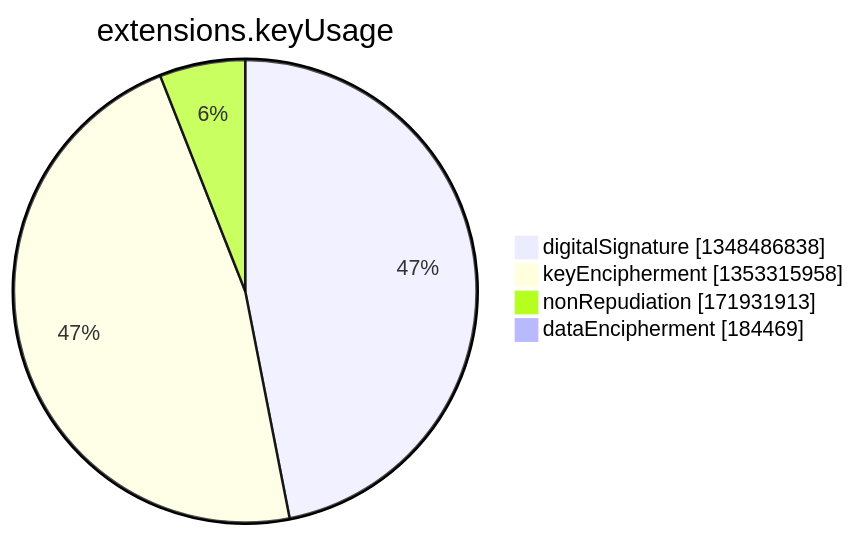
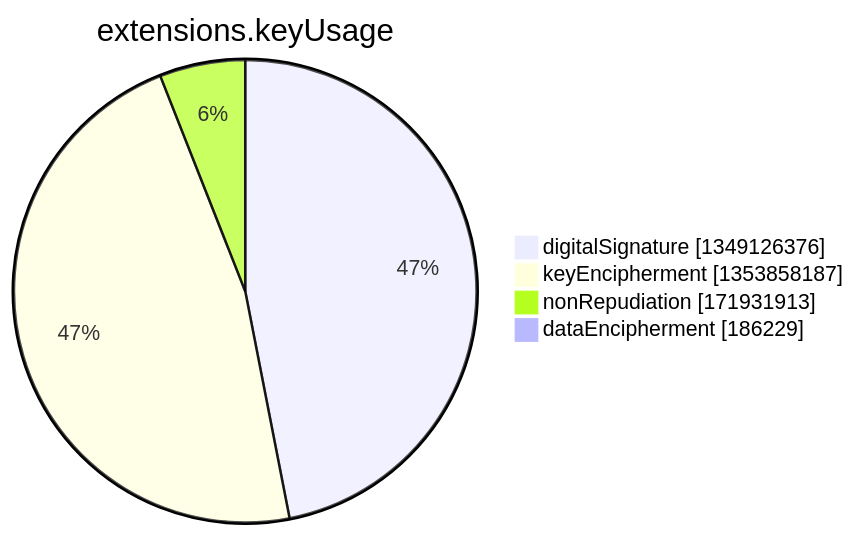
One commit to christiankrug/ctmonitor_visualization changed the seventh of 15 diagrams in argon2022/README.md. Above: the diagram before and after it, drawn with Mermaid. The commit also changed other lines of this file, not shown here.

````diff
--- a/argon2022/README.md
+++ b/argon2022/README.md
@@ -2750,8 +2750,8 @@
 ```mermaid
 pie showData
 title extensions.keyUsage
-"digitalSignature" :1348486838
-"keyEncipherment" :1353315958
+"digitalSignature" :1349126376
+"keyEncipherment" :1353858187
 "nonRepudiation" :171931913
-"dataEncipherment" :184469
+"dataEncipherment" :186229
 ```
````
